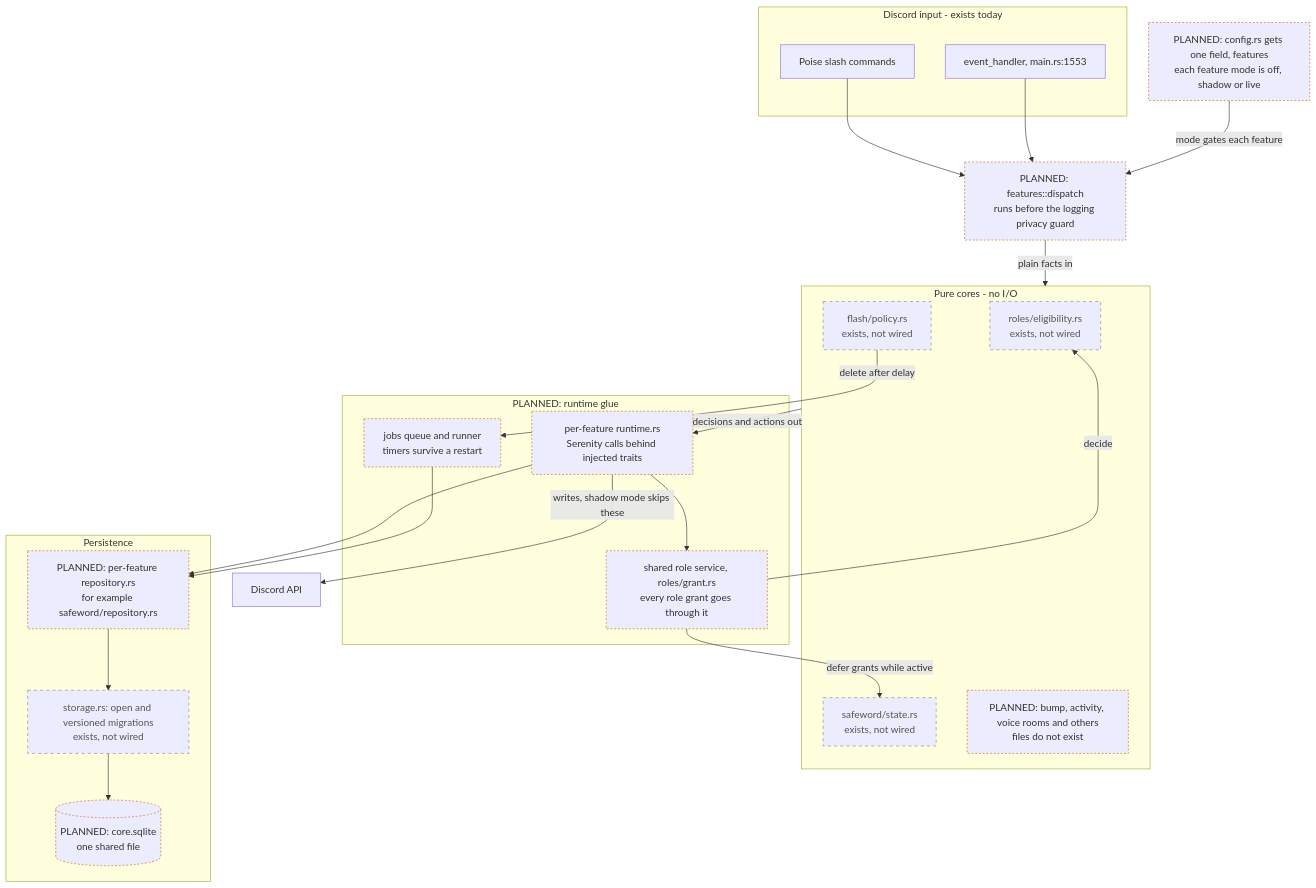
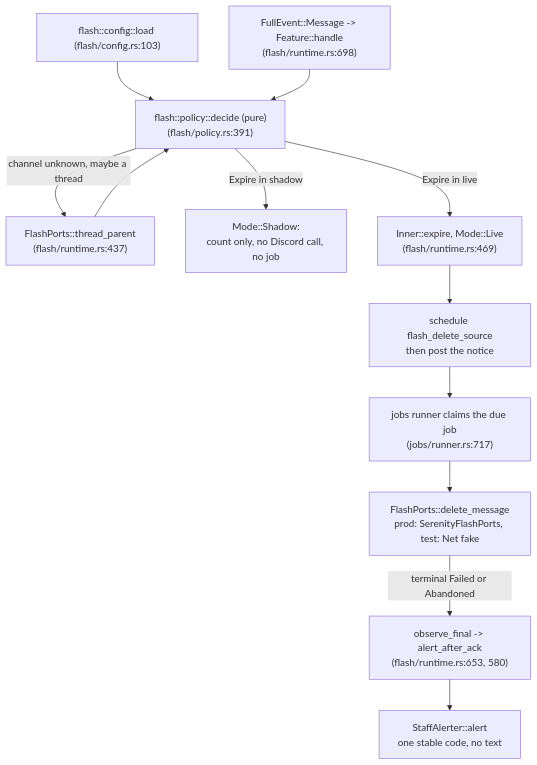
One commit to Kenoptic-Anosectia/Discord-Moderation-Hub changed the fifth of 6 diagrams in docs/architecture.md. Above: the diagram before and after it, drawn with Mermaid. The commit also changed other lines of this file, not shown here.

First line of the commit message:
docs: refresh architecture.md with Mermaid diagrams that match main

````diff
--- a/docs/architecture.md
+++ b/docs/architecture.md
@@ -251,51 +308,26 @@
 ```mermaid
 flowchart TB
-  subgraph SG_IN["Discord input - exists today"]
-    cmd["Poise slash commands"]
-    evt["event_handler, main.rs:1553"]
-  end
+  cfg["flash::config::load (flash/config.rs:103)"]
+  ev["FullEvent::Message -> Feature::handle<br/>(flash/runtime.rs:698)"]
+  pol["flash::policy::decide (pure)<br/>(flash/policy.rs:391)"]
+  thr["FlashPorts::thread_parent<br/>(flash/runtime.rs:437)"]
+  sh["Mode::Shadow:<br/>count only, no Discord call, no job"]
+  exp["Inner::expire, Mode::Live<br/>(flash/runtime.rs:469)"]
+  sched["schedule flash_delete_source<br/>then post the notice"]
+  jobs["jobs runner claims the due job<br/>(jobs/runner.rs:717)"]
+  ports["FlashPorts::delete_message<br/>prod: SerenityFlashPorts, test: Net fake"]
+  obs["observe_final -> alert_after_ack<br/>(flash/runtime.rs:653, 580)"]
+  alert["StaffAlerter::alert<br/>one stable code, no text"]
 
-  cfg["PLANNED: config.rs gets one field, features<br/>each feature mode is off, shadow or live"]
-  disp["PLANNED: features::dispatch<br/>runs before the logging privacy guard"]
-
-  subgraph SG_PURE["Pure cores - no I/O"]
-    elig["roles/eligibility.rs<br/>exists, not wired"]
-    sw["safeword/state.rs<br/>exists, not wired"]
-    fl["flash/policy.rs<br/>exists, not wired"]
-    more["PLANNED: bump, activity, voice rooms and others<br/>files do not exist"]
-  end
-
-  subgraph SG_GLUE["PLANNED: runtime glue"]
-    rt["per-feature runtime.rs<br/>Serenity calls behind injected traits"]
-    roles["shared role service, roles/grant.rs<br/>every role grant goes through it"]
-    jobs["jobs queue and runner<br/>timers survive a restart"]
-  end
-
-  subgraph SG_PERSIST["Persistence"]
-    prepo["PLANNED: per-feature repository.rs<br/>for example safeword/repository.rs"]
-    st["storage.rs: open and versioned migrations<br/>exists, not wired"]
-    db[("PLANNED: core.sqlite<br/>one shared file")]
-  end
-
-  disc["Discord API"]
-
-  cmd --> disp
-  evt --> disp
-  cfg -->|"mode gates each feature"| disp
-  disp -->|"plain facts in"| SG_PURE
-  SG_PURE -->|"decisions and actions out"| rt
-  rt --> roles
-  roles -->|"decide"| elig
-  roles -->|"defer grants while active"| sw
-  rt -->|"writes, shadow mode skips these"| disc
-  rt --> prepo
-  fl -->|"delete after delay"| jobs
-  jobs --> prepo
-  prepo --> st
-  st --> db
-
-  classDef planned stroke-dasharray: 3 3,stroke:#cc6600
-  classDef unwired stroke-dasharray: 5 5,stroke:#888888,color:#555555
-  class cfg,disp,more,rt,roles,jobs,prepo,db planned
-  class elig,sw,fl,st unwired
+  cfg --> pol
+  ev --> pol
+  pol -->|"channel unknown, maybe a thread"| thr
+  thr --> pol
+  pol -->|"Expire in shadow"| sh
+  pol -->|"Expire in live"| exp
+  exp --> sched
+  sched --> jobs
+  jobs --> ports
+  ports -->|"terminal Failed or Abandoned"| obs
+  obs --> alert
 ```
````
